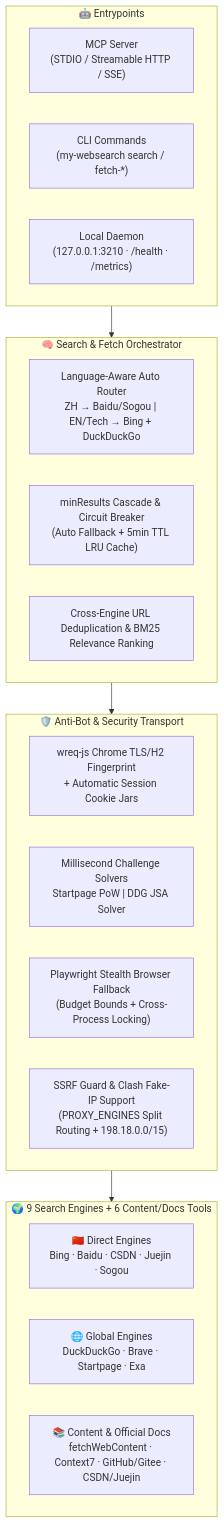
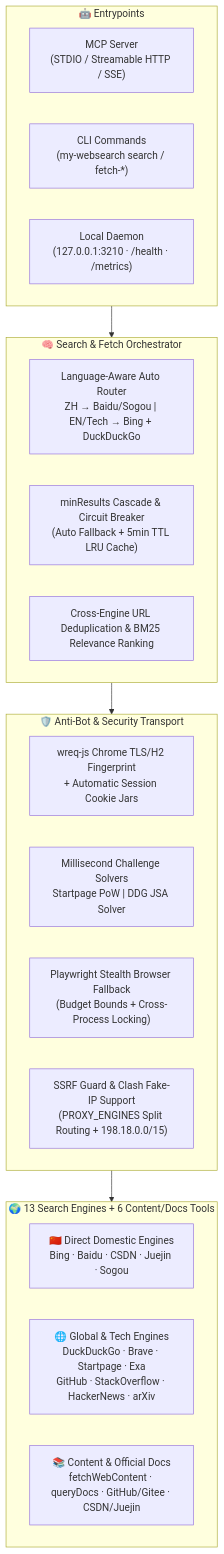
The diagram in README.md (wtznicy/my-websearch), drawn with Mermaid before and after one commit. The commit also changed other lines of this file and 31 other files, not shown here.

````diff
--- a/README.md
+++ b/README.md
@@ -45,31 +47,31 @@
 ```mermaid
 flowchart TB
     subgraph Clients["🤖 Entrypoints"]
         MCP["MCP Server<br/>(STDIO / Streamable HTTP / SSE)"]
         CLI["CLI Commands<br/>(my-websearch search / fetch-*)"]
         Daemon["Local Daemon<br/>(127.0.0.1:3210 · /health · /metrics)"]
     end
 
     subgraph Core["🧠 Search & Fetch Orchestrator"]
         Router["Language-Aware Auto Router<br/>ZH → Baidu/Sogou | EN/Tech → Bing + DuckDuckGo"]
         Cascade["minResults Cascade & Circuit Breaker<br/>(Auto Fallback + 5min TTL LRU Cache)"]
         Ranker["Cross-Engine URL Deduplication & BM25 Relevance Ranking"]
     end
 
     subgraph Transport["🛡️ Anti-Bot & Security Transport"]
         Wreq["wreq-js Chrome TLS/H2 Fingerprint<br/>+ Automatic Session Cookie Jars"]
         Solvers["Millisecond Challenge Solvers<br/>Startpage PoW | DDG JSA Solver"]
         PW["Playwright Stealth Browser Fallback<br/>(Budget Bounds + Cross-Process Locking)"]
         Guard["SSRF Guard & Clash Fake-IP Support<br/>(PROXY_ENGINES Split Routing + 198.18.0.0/15)"]
     end
 
-    subgraph Engines["🌍 9 Search Engines + 6 Content/Docs Tools"]
-        CN["🇨🇳 Direct Engines<br/>Bing · Baidu · CSDN · Juejin · Sogou"]
-        INTL["🌐 Global Engines<br/>DuckDuckGo · Brave · Startpage · Exa"]
-        Docs["📚 Content & Official Docs<br/>fetchWebContent · Context7 · GitHub/Gitee · CSDN/Juejin"]
+    subgraph Engines["🌍 13 Search Engines + 6 Content/Docs Tools"]
+        CN["🇨🇳 Direct Domestic Engines<br/>Bing · Baidu · CSDN · Juejin · Sogou"]
+        INTL["🌐 Global & Tech Engines<br/>DuckDuckGo · Brave · Startpage · Exa<br/>GitHub · StackOverflow · HackerNews · arXiv"]
+        Docs["📚 Content & Official Docs<br/>fetchWebContent · queryDocs · GitHub/Gitee · CSDN/Juejin"]
     end
 
     Clients --> Core
     Core --> Transport
     Transport --> Engines
 ```
````
